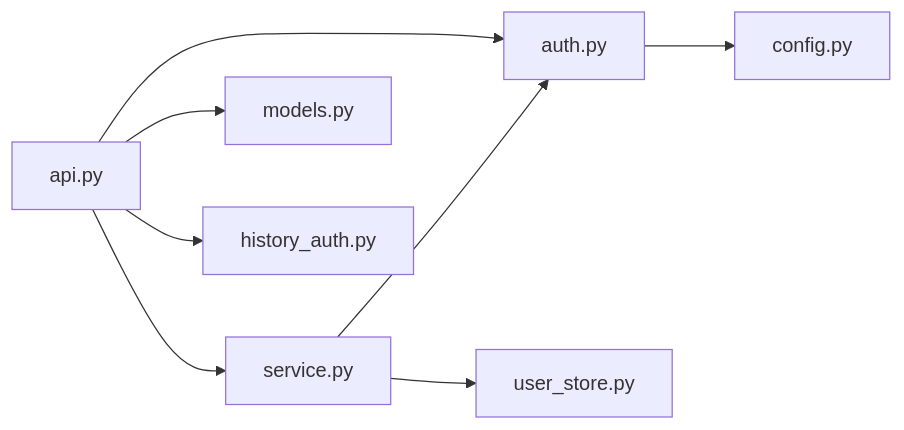
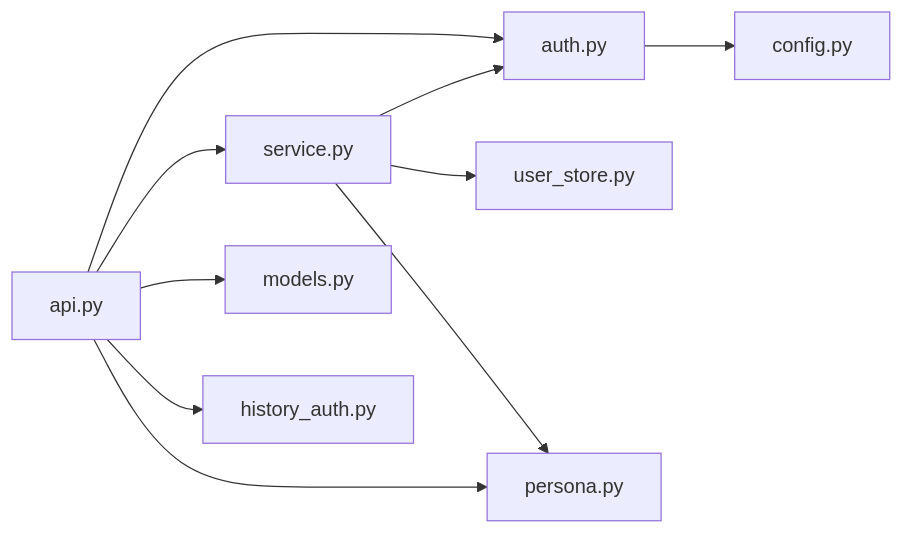
Before and after one commit to intellistream/sage-mate: the ninth of 9 diagrams in .qoder/repowiki/en/content/Security and Authentication/Security and Authentication.md, drawn with Mermaid. The commit also changed other lines of this file and 101 other files, not shown here.

````diff
--- a/.qoder/repowiki/en/content/Security and Authentication/Security and Authentication.md
+++ b/.qoder/repowiki/en/content/Security and Authentication/Security and Authentication.md
@@ -395,10 +466,12 @@
 ```mermaid
 graph LR
 API["api.py"] --> AUTH["auth.py"]
 API --> SVC["service.py"]
 SVC --> AUTH
 SVC --> STORE["user_store.py"]
 AUTH --> CFG["config.py"]
 API --> MODELS["models.py"]
 API --> HISTORY["history_auth.py"]
+API --> PERSONA["persona.py"]
+SVC --> PERSONA
 ```
````
